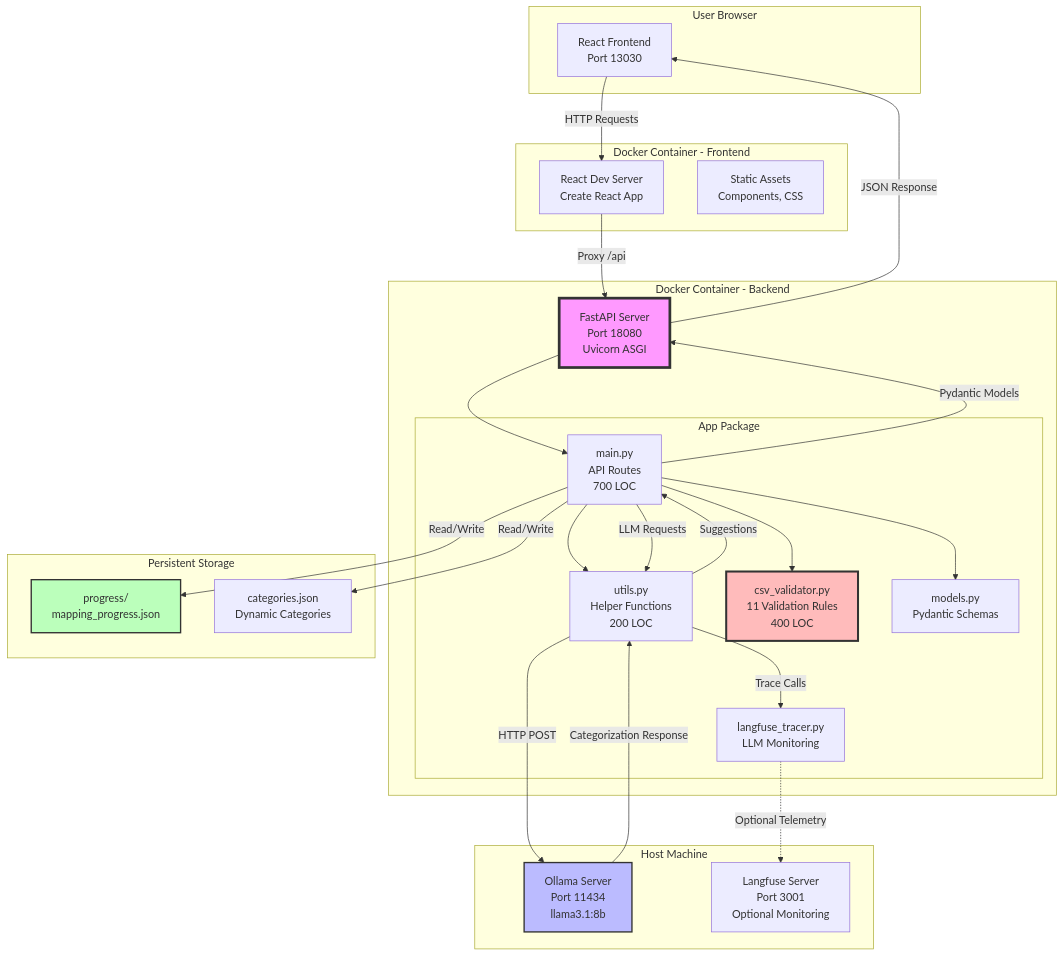
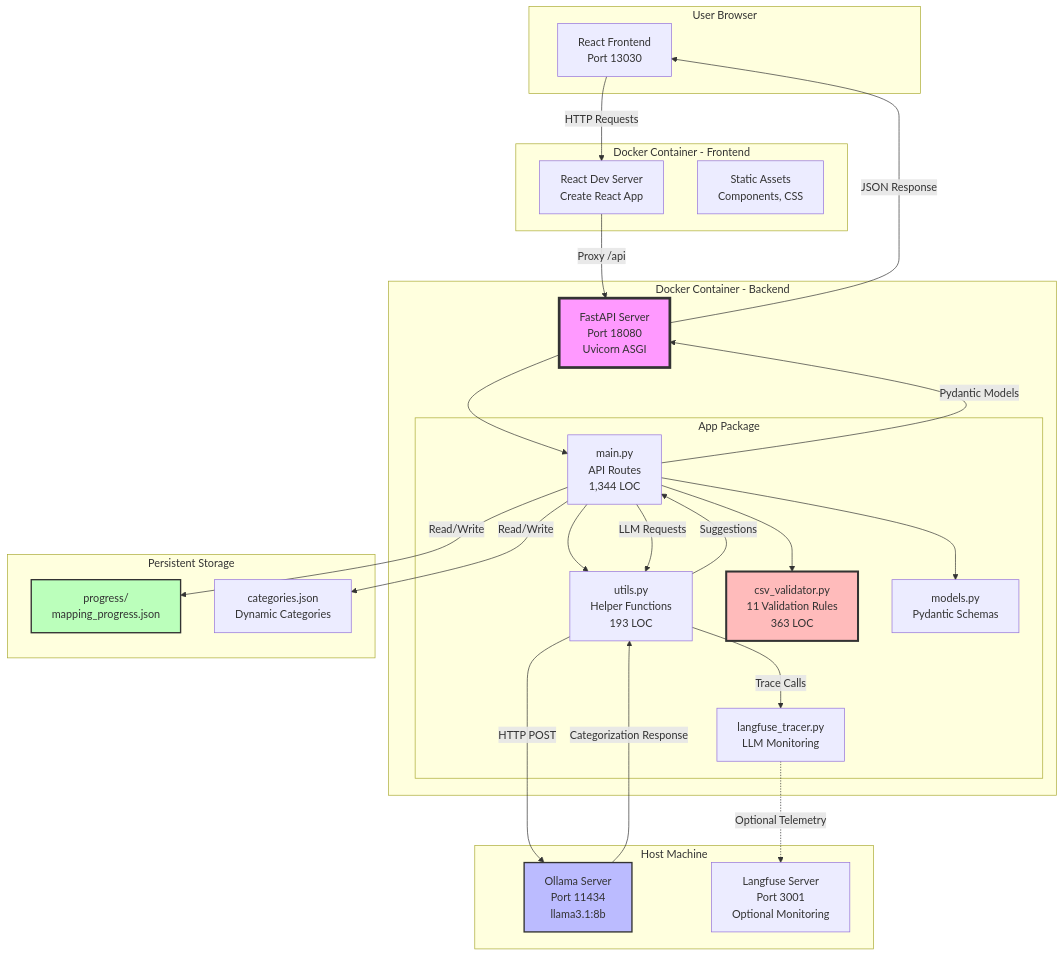
Before and after one commit to bdmckean/code_off: the first of 7 diagrams in ARCHITECTURE_CURSOR.md, drawn with Mermaid. The commit also changed other lines of this file and 8 other files, not shown here.

````diff
--- a/ARCHITECTURE_CURSOR.md
+++ b/ARCHITECTURE_CURSOR.md
@@ -5,55 +5,55 @@
 ```mermaid
 graph TB
     subgraph "User Browser"
         UI[React Frontend<br/>Port 13030]
     end
 
     subgraph "Docker Container - Frontend"
         REACT[React Dev Server<br/>Create React App]
         STATIC[Static Assets<br/>Components, CSS]
     end
 
     subgraph "Docker Container - Backend"
         FASTAPI[FastAPI Server<br/>Port 18080<br/>Uvicorn ASGI]
 
         subgraph "App Package"
-            MAIN[main.py<br/>API Routes<br/>700 LOC]
-            UTILS[utils.py<br/>Helper Functions<br/>200 LOC]
-            VALIDATOR[csv_validator.py<br/>11 Validation Rules<br/>400 LOC]
+            MAIN[main.py<br/>API Routes<br/>1,344 LOC]
+            UTILS[utils.py<br/>Helper Functions<br/>193 LOC]
+            VALIDATOR[csv_validator.py<br/>11 Validation Rules<br/>363 LOC]
             MODELS[models.py<br/>Pydantic Schemas]
             TRACER[langfuse_tracer.py<br/>LLM Monitoring]
         end
     end
 
     subgraph "Host Machine"
         OLLAMA[Ollama Server<br/>Port 11434<br/>llama3.1:8b]
         LANGFUSE[Langfuse Server<br/>Port 3001<br/>Optional Monitoring]
     end
 
     subgraph "Persistent Storage"
         PROGRESS[progress/<br/>mapping_progress.json]
         CATEGORIES[categories.json<br/>Dynamic Categories]
     end
 
     UI -->|HTTP Requests| REACT
     REACT -->|Proxy /api| FASTAPI
     FASTAPI --> MAIN
     MAIN --> VALIDATOR
     MAIN --> UTILS
     MAIN --> MODELS
     MAIN -->|Read/Write| PROGRESS
     MAIN -->|Read/Write| CATEGORIES
     MAIN -->|LLM Requests| UTILS
     UTILS -->|HTTP POST| OLLAMA
     UTILS -->|Trace Calls| TRACER
     TRACER -.->|Optional Telemetry| LANGFUSE
     OLLAMA -->|Categorization Response| UTILS
     UTILS -->|Suggestions| MAIN
     MAIN -->|Pydantic Models| FASTAPI
     FASTAPI -->|JSON Response| UI
 
     style FASTAPI fill:#f9f,stroke:#333,stroke-width:4px
     style VALIDATOR fill:#fbb,stroke:#333,stroke-width:3px
     style OLLAMA fill:#bbf,stroke:#333,stroke-width:2px
     style PROGRESS fill:#bfb,stroke:#333,stroke-width:2px
 ```
````
